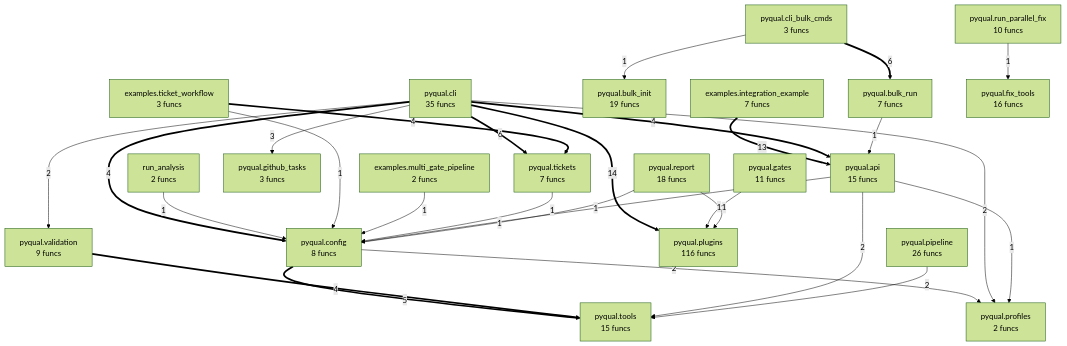
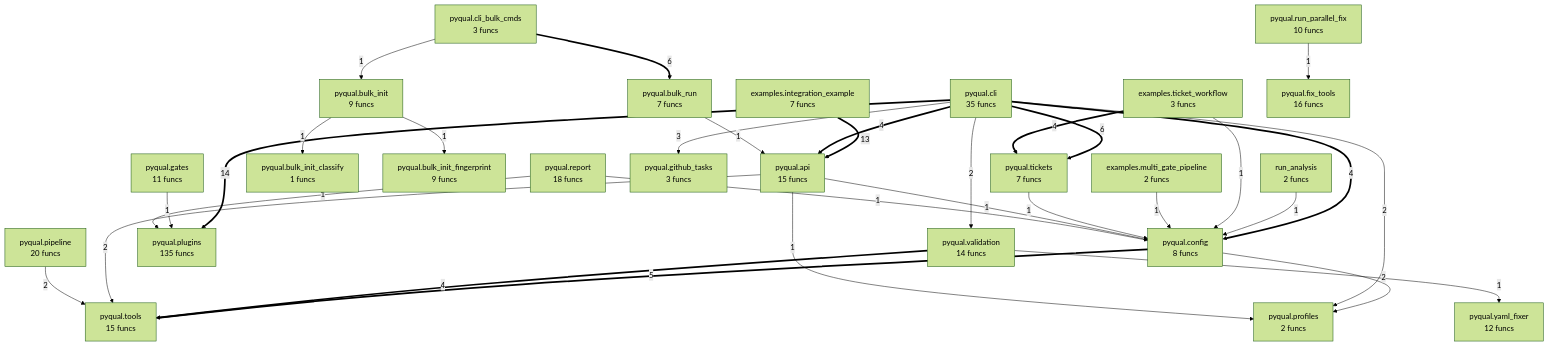
One commit to semcod/pyqual changed the diagram in project/compact_flow.mmd. Above: the diagram before and after it, drawn with Mermaid (forest theme). The commit also changed 12 other files, not shown here.

```diff
--- a/project/compact_flow.mmd
+++ b/project/compact_flow.mmd
@@ -1,49 +1,55 @@
 flowchart TD
     examples__integration_example["examples.integration_example<br/>7 funcs"]
     examples__multi_gate_pipeline["examples.multi_gate_pipeline<br/>2 funcs"]
     examples__ticket_workflow["examples.ticket_workflow<br/>3 funcs"]
     pyqual__api["pyqual.api<br/>15 funcs"]
-    pyqual__bulk_init["pyqual.bulk_init<br/>19 funcs"]
+    pyqual__bulk_init["pyqual.bulk_init<br/>9 funcs"]
+    pyqual__bulk_init_classify["pyqual.bulk_init_classify<br/>1 funcs"]
+    pyqual__bulk_init_fingerprint["pyqual.bulk_init_fingerprint<br/>9 funcs"]
     pyqual__bulk_run["pyqual.bulk_run<br/>7 funcs"]
     pyqual__cli["pyqual.cli<br/>35 funcs"]
     pyqual__cli_bulk_cmds["pyqual.cli_bulk_cmds<br/>3 funcs"]
     pyqual__config["pyqual.config<br/>8 funcs"]
     pyqual__fix_tools["pyqual.fix_tools<br/>16 funcs"]
     pyqual__gates["pyqual.gates<br/>11 funcs"]
     pyqual__github_tasks["pyqual.github_tasks<br/>3 funcs"]
-    pyqual__pipeline["pyqual.pipeline<br/>26 funcs"]
-    pyqual__plugins["pyqual.plugins<br/>116 funcs"]
+    pyqual__pipeline["pyqual.pipeline<br/>20 funcs"]
+    pyqual__plugins["pyqual.plugins<br/>135 funcs"]
     pyqual__profiles["pyqual.profiles<br/>2 funcs"]
     pyqual__report["pyqual.report<br/>18 funcs"]
     pyqual__run_parallel_fix["pyqual.run_parallel_fix<br/>10 funcs"]
     pyqual__tickets["pyqual.tickets<br/>7 funcs"]
     pyqual__tools["pyqual.tools<br/>15 funcs"]
-    pyqual__validation["pyqual.validation<br/>9 funcs"]
+    pyqual__validation["pyqual.validation<br/>14 funcs"]
+    pyqual__yaml_fixer["pyqual.yaml_fixer<br/>12 funcs"]
     run_analysis["run_analysis<br/>2 funcs"]
     pyqual__cli ==>|14| pyqual__plugins
     examples__integration_example ==>|13| pyqual__api
     pyqual__cli_bulk_cmds ==>|6| pyqual__bulk_run
     pyqual__cli ==>|6| pyqual__tickets
     pyqual__config ==>|5| pyqual__tools
     examples__ticket_workflow ==>|4| pyqual__tickets
+    pyqual__cli ==>|4| pyqual__config
     pyqual__validation ==>|4| pyqual__tools
-    pyqual__cli ==>|4| pyqual__config
     pyqual__cli ==>|4| pyqual__api
     pyqual__cli -->|3| pyqual__github_tasks
     pyqual__config -->|2| pyqual__profiles
     pyqual__api -->|2| pyqual__tools
+    pyqual__pipeline -->|2| pyqual__tools
     pyqual__cli -->|2| pyqual__profiles
     pyqual__cli -->|2| pyqual__validation
-    pyqual__pipeline -->|2| pyqual__tools
     run_analysis -->|1| pyqual__config
     examples__ticket_workflow -->|1| pyqual__config
     examples__multi_gate_pipeline -->|1| pyqual__config
     pyqual__gates -->|1| pyqual__plugins
     pyqual__tickets -->|1| pyqual__config
     pyqual__cli_bulk_cmds -->|1| pyqual__bulk_init
     pyqual__api -->|1| pyqual__config
     pyqual__api -->|1| pyqual__profiles
+    pyqual__bulk_run -->|1| pyqual__api
     pyqual__run_parallel_fix -->|1| pyqual__fix_tools
-    pyqual__bulk_run -->|1| pyqual__api
+    pyqual__bulk_init -->|1| pyqual__bulk_init_classify
+    pyqual__bulk_init -->|1| pyqual__bulk_init_fingerprint
     pyqual__report -->|1| pyqual__plugins
     pyqual__report -->|1| pyqual__config
+    pyqual__validation -->|1| pyqual__yaml_fixer
```
